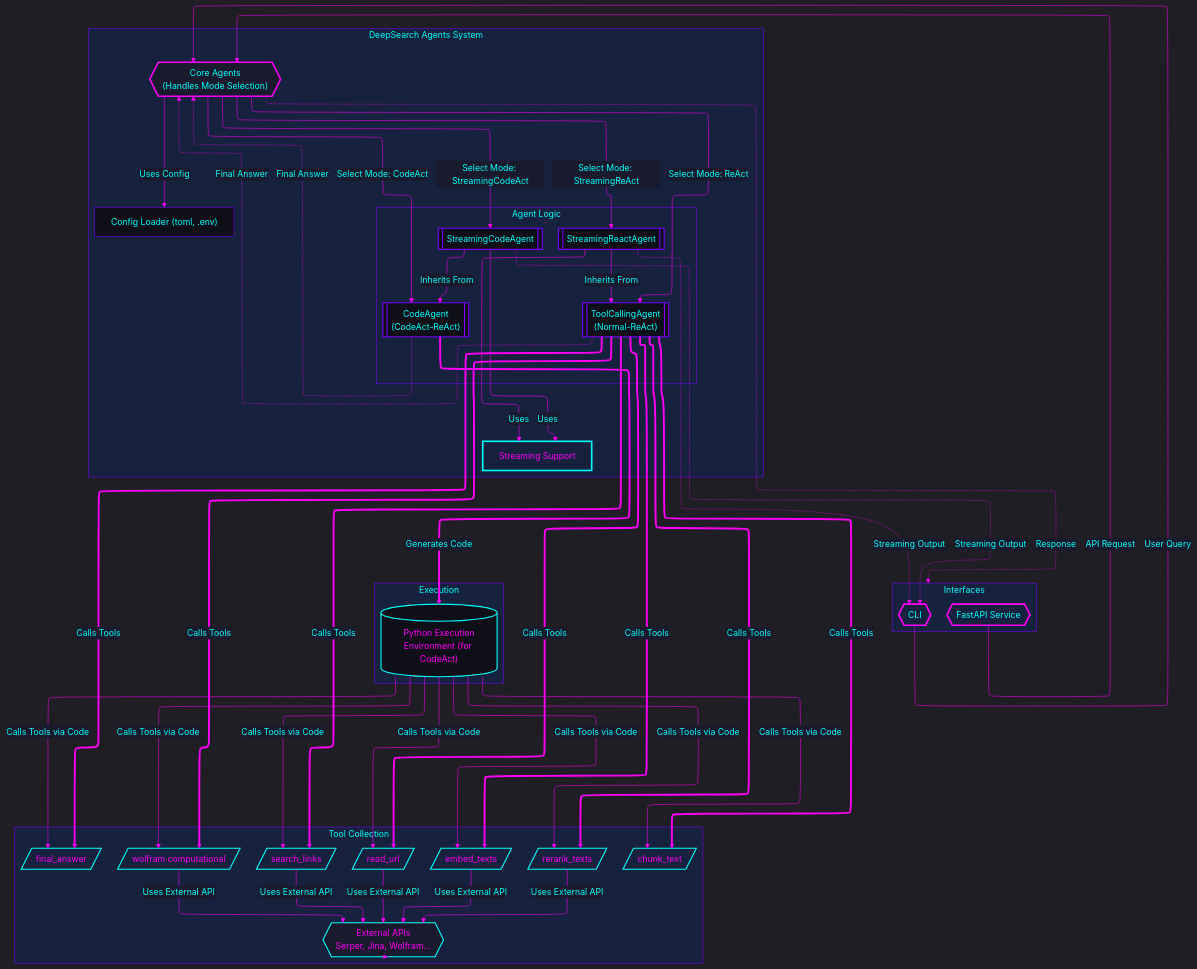
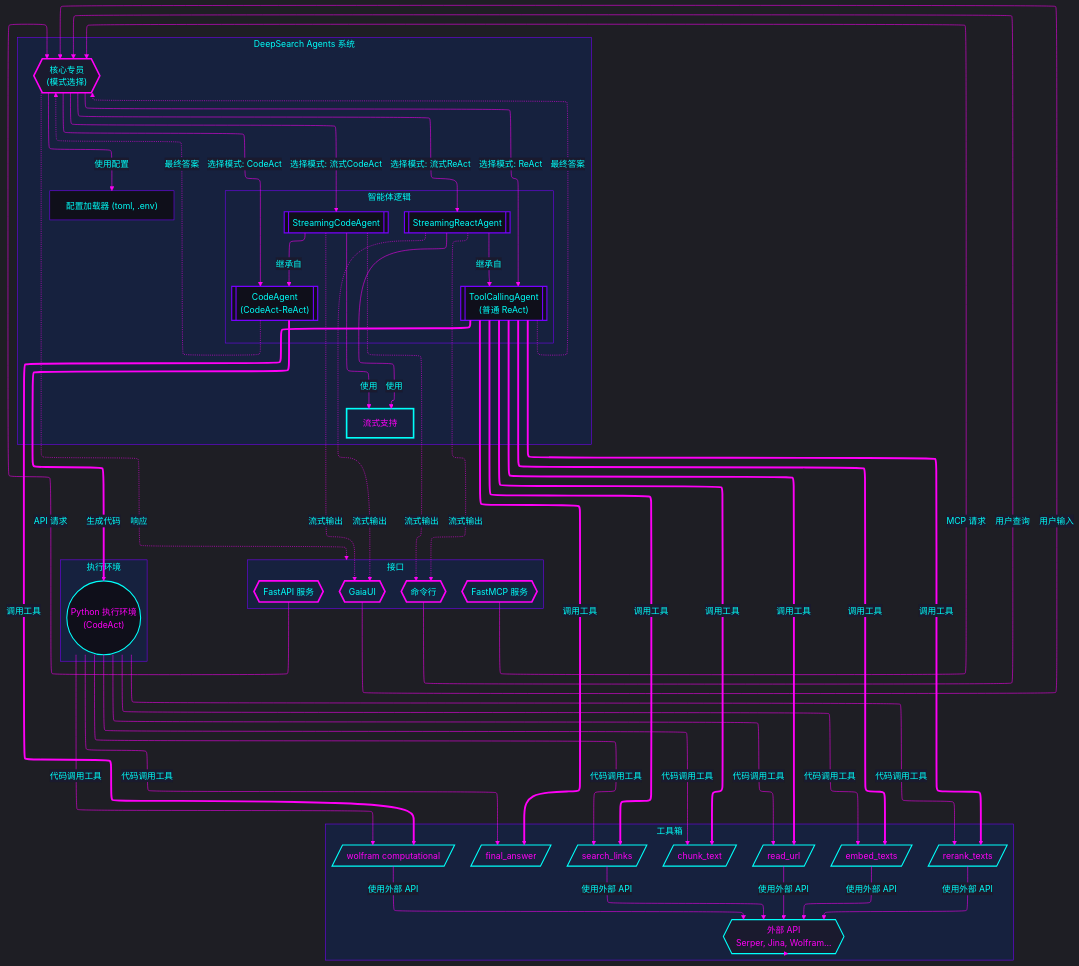
Before and after one commit to lwyBZss8924d/DeepSearchAgents: the diagram in README_Zh.md, drawn with Mermaid. The commit also changed other lines of this file, not shown here.

Commit message:
docs: sync Chinese README with latest features

````diff
--- a/README_Zh.md
+++ b/README_Zh.md
@@ -220,87 +230,86 @@
   layout: elk
 ---
 flowchart TB
-    subgraph Interfaces["Interfaces"]
+    subgraph 接口["接口"]
         direction LR
-        CLI{{"CLI"}}
-        FastAPI{{"FastAPI Service"}}
+        CLI{{"命令行"}}
+        FastAPI{{"FastAPI 服务"}}
+        GaiaUI{{"GaiaUI"}}
+        FastMCP{{"FastMCP 服务"}}
     end
-    subgraph DeepSearchAgentSystem["DeepSearch Agents System"]
+    subgraph 深度搜索智能体系统["DeepSearch Agents 系统"]
         direction TB
-        CoreAgents{{"Core Agents
-(Handles Mode Selection)"}}
-        ConfigLoader["Config Loader (toml, .env)"]
-        StreamingSupport["Streaming Support"]
-        subgraph Agents["Agent Logic"]
+        核心专员{{"核心专员\n(模式选择)"}}
+        配置加载["配置加载器 (toml, .env)"]
+        流式支持["流式支持"]
+        subgraph 智能体逻辑["智能体逻辑"]
             direction LR
-            ToolAgent[["ToolCallingAgent
-(Normal-ReAct)"]]
-            CodeAgent[["CodeAgent
-(CodeAct-ReAct)"]]
-            StreamingReactAgent[["StreamingReactAgent"]]
-            StreamingCodeAgent[["StreamingCodeAgent"]]
+            工具专员[["ToolCallingAgent\n(普通 ReAct)"]]
+            代码专员[["CodeAgent\n(CodeAct-ReAct)"]]
+            流式ReAct[["StreamingReactAgent"]]
+            流式CodeAct[["StreamingCodeAgent"]]
         end
     end
-    subgraph ToolCollection["Tool Collection"]
+    subgraph 工具箱["工具箱"]
         direction TB
-        SearchLinks[/search_links/]
-        ReadURL[/read_url/]
-        ChunkText[/chunk_text/]
-        EmbedTexts[/embed_texts/]
-        RerankTexts[/rerank_texts/]
+        搜索链接[/search_links/]
+        读取URL[/read_url/]
+        分块文本[/chunk_text/]
+        嵌入文本[/embed_texts/]
+        重排文本[/rerank_texts/]
         Wolfram[/"wolfram computational"/]
-        FinalAnswer[/final_answer/]
-        ExternalAPIs{{External APIs
-Serper, Jina, Wolfram...}}
+        最终答案[/final_answer/]
+        外部API{{外部 API\nSerper, Jina, Wolfram...}}
     end
-    subgraph Execution["Execution"]
-        PythonEnv[("Python Execution
-Environment (for CodeAct)")]
+    subgraph 执行环境["执行环境"]
+        Python环境(("Python 执行环境\n(CodeAct)"))
     end
 
-    CLI -- "User Query" --> CoreAgents
-    FastAPI -- "API Request" --> CoreAgents
-    CoreAgents -- "Select Mode: ReAct" --> ToolAgent
-    CoreAgents -- "Select Mode: CodeAct" --> CodeAgent
-    CoreAgents -- "Select Mode: StreamingReAct" --> StreamingReactAgent
-    CoreAgents -- "Select Mode: StreamingCodeAct" --> StreamingCodeAgent
-    CoreAgents -- "Uses Config" --> ConfigLoader
-    StreamingReactAgent -- "Inherits From" --> ToolAgent
-    StreamingCodeAgent -- "Inherits From" --> CodeAgent
-    StreamingReactAgent -- "Uses" --> StreamingSupport
-    StreamingCodeAgent -- "Uses" --> StreamingSupport
+    CLI -- "用户查询" --> 核心专员
+    FastAPI -- "API 请求" --> 核心专员
+    GaiaUI -- "用户输入" --> 核心专员
+    FastMCP -- "MCP 请求" --> 核心专员
+    核心专员 -- "选择模式: ReAct" --> 工具专员
+    核心专员 -- "选择模式: CodeAct" --> 代码专员
+    核心专员 -- "选择模式: 流式ReAct" --> 流式ReAct
+    核心专员 -- "选择模式: 流式CodeAct" --> 流式CodeAct
+    核心专员 -- "使用配置" --> 配置加载
+    流式ReAct -- "继承自" --> 工具专员
+    流式CodeAct -- "继承自" --> 代码专员
+    流式ReAct -- "使用" --> 流式支持
+    流式CodeAct -- "使用" --> 流式支持
 
-    ToolAgent == "Calls Tools" ==> SearchLinks
-    ToolAgent == "Calls Tools" ==> ReadURL
-    ToolAgent == "Calls Tools" ==> ChunkText
-    ToolAgent == "Calls Tools" ==> EmbedTexts
-    ToolAgent == "Calls Tools" ==> RerankTexts
-    ToolAgent == "Calls Tools" ==> Wolfram
-    ToolAgent == "Calls Tools" ==> FinalAnswer
+    工具专员 == "调用工具" ==> 搜索链接
+    工具专员 == "调用工具" ==> 读取URL
+    工具专员 == "调用工具" ==> 分块文本
+    工具专员 == "调用工具" ==> 嵌入文本
+    工具专员 == "调用工具" ==> 重排文本
+    工具专员 == "调用工具" ==> Wolfram
+    工具专员 == "调用工具" ==> 最终答案
 
-    CodeAgent == "Generates Code" ==> PythonEnv
-    PythonEnv[("Python Execution
-Environment (for CodeAct)")]
-    PythonEnv -- "Calls Tools via Code" --> SearchLinks
-    PythonEnv -- "Calls Tools via Code" --> ReadURL
-    PythonEnv -- "Calls Tools via Code" --> ChunkText
-    PythonEnv -- "Calls Tools via Code" --> EmbedTexts
-    PythonEnv -- "Calls Tools via Code" --> RerankTexts
-    PythonEnv -- "Calls Tools via Code" --> Wolfram
-    PythonEnv -- "Calls Tools via Code" --> FinalAnswer
+    代码专员 == "生成代码" ==> Python环境
+    Python环境 -- "代码调用工具" --> 搜索链接
+    Python环境 -- "代码调用工具" --> 读取URL
+    Python环境 -- "代码调用工具" --> 分块文本
+    Python环境 -- "代码调用工具" --> 嵌入文本
+    Python环境 -- "代码调用工具" --> 重排文本
+    Python环境 -- "代码调用工具" --> Wolfram
+    Python环境 -- "代码调用工具" --> 最终答案
 
-    SearchLinks -- "Uses External API" --> ExternalAPIs
-    ReadURL -- "Uses External API" --> ExternalAPIs
-    EmbedTexts -- "Uses External API" --> ExternalAPIs
-    RerankTexts -- "Uses External API" --> ExternalAPIs
-    Wolfram -- "Uses External API" --> ExternalAPIs
-    ExternalAPIs -.-> ToolCollection
+    搜索链接 -- "使用外部 API" --> 外部API
+    读取URL -- "使用外部 API" --> 外部API
+    嵌入文本 -- "使用外部 API" --> 外部API
+    重排文本 -- "使用外部 API" --> 外部API
+    Wolfram -- "使用外部 API" --> 外部API
+    外部API -.-> 工具箱
 
-    ToolAgent -. "Final Answer" .-> CoreAgents
-    CodeAgent -. "Final Answer" .-> CoreAgents
-    StreamingReactAgent -. "Streaming Output" .-> CLI
-    StreamingCodeAgent -. "Streaming Output" .-> CLI
-    CoreAgents -. "Response" .-> Interfaces
+    工具专员 -. "最终答案" .-> 核心专员
+    代码专员 -. "最终答案" .-> 核心专员
+    流式ReAct -. "流式输出" .-> CLI
+    流式CodeAct -. "流式输出" .-> CLI
+    流式ReAct -. "流式输出" .-> GaiaUI
+    流式CodeAct -. "流式输出" .-> GaiaUI
+    核心专员 -. "响应" .-> 接口
 
     classDef default fill:#1a1a2e,stroke:#7700ff,stroke-width:2px,color:#00fff9
     classDef interface fill:#16213e,stroke:#ff00f7,stroke-width:3px,color:#00fff9
@@ -314,20 +323,22 @@
 
     CLI:::interface
     FastAPI:::interface
-    CoreAgents:::manager
-    ToolAgent:::agent
-    CodeAgent:::agent
-    StreamingReactAgent:::agent
-    StreamingCodeAgent:::agent
-    StreamingSupport:::streaming
-    SearchLinks:::tool
-    ReadURL:::tool
-    ChunkText:::tool
-    EmbedTexts:::tool
-    RerankTexts:::tool
+    GaiaUI:::interface
+    FastMCP:::interface
+    核心专员:::manager
+    工具专员:::agent
+    代码专员:::agent
+    流式ReAct:::agent
+    流式CodeAct:::agent
+    流式支持:::streaming
+    搜索链接:::tool
+    读取URL:::tool
+    分块文本:::tool
+    嵌入文本:::tool
+    重排文本:::tool
     Wolfram:::tool
-    FinalAnswer:::tool
-    PythonEnv:::environment
-    ExternalAPIs:::external
-    ConfigLoader:::config
+    最终答案:::tool
+    Python环境:::environment
+    外部API:::external
+    配置加载:::config
 ```
````
